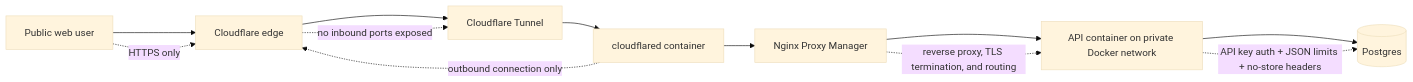
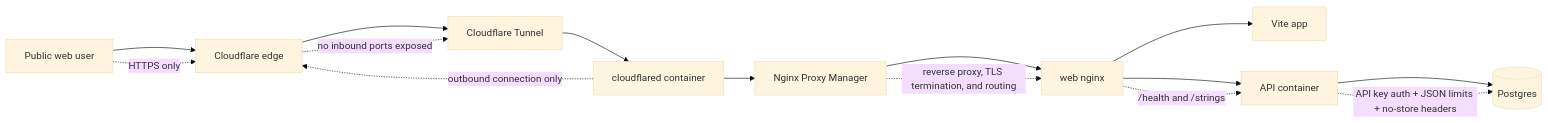
The diagram in README.md (Flapjacck/server), drawn with Mermaid (base theme) before and after one commit. The commit also changed other lines of this file and 25 other files, not shown here.

````diff
--- a/README.md
+++ b/README.md
@@ -9,15 +9,18 @@
 ```mermaid
 flowchart LR
  user[Public web user] --> cf[Cloudflare edge]
  cf --> tunnel[Cloudflare Tunnel]
  tunnel --> cloudflared[cloudflared container]
  cloudflared --> npm[Nginx Proxy Manager]
- npm --> api[API container on private Docker network]
+ npm --> web[web nginx]
+ web --> spa[Vite app]
+ web --> api[API container]
  api --> db[(Postgres)]
 
  user -. HTTPS only .-> cf
  cf -. no inbound ports exposed .-> tunnel
  cloudflared -. outbound connection only .-> cf
- npm -. reverse proxy, TLS termination, and routing .-> api
+ npm -. reverse proxy, TLS termination, and routing .-> web
+ web -. /health and /strings .-> api
  api -. API key auth + JSON limits + no-store headers .-> db
 ```
````
